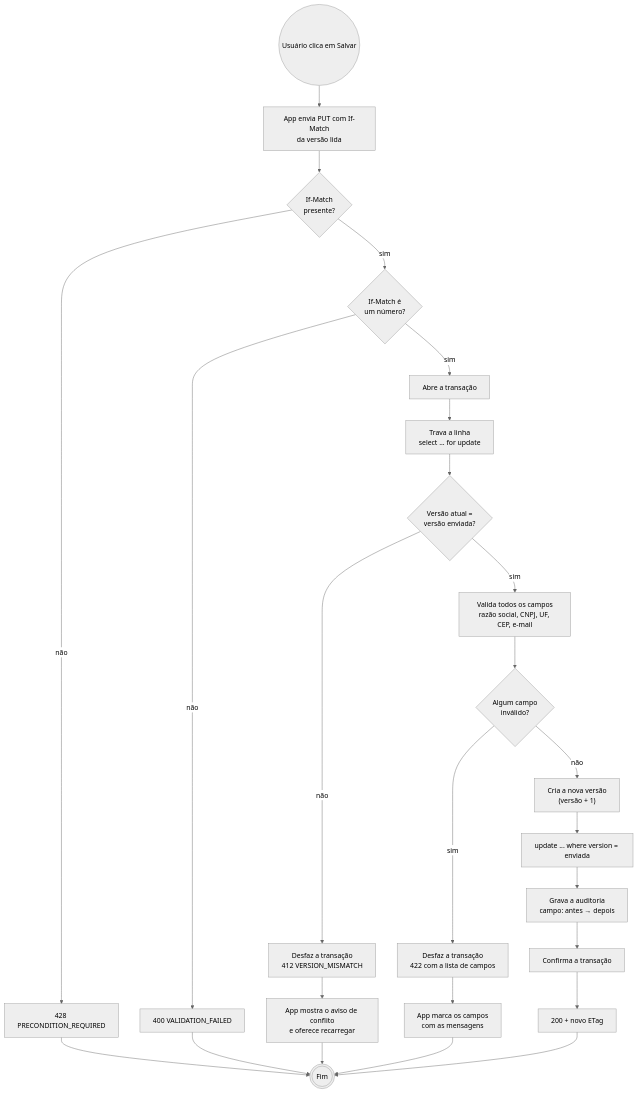
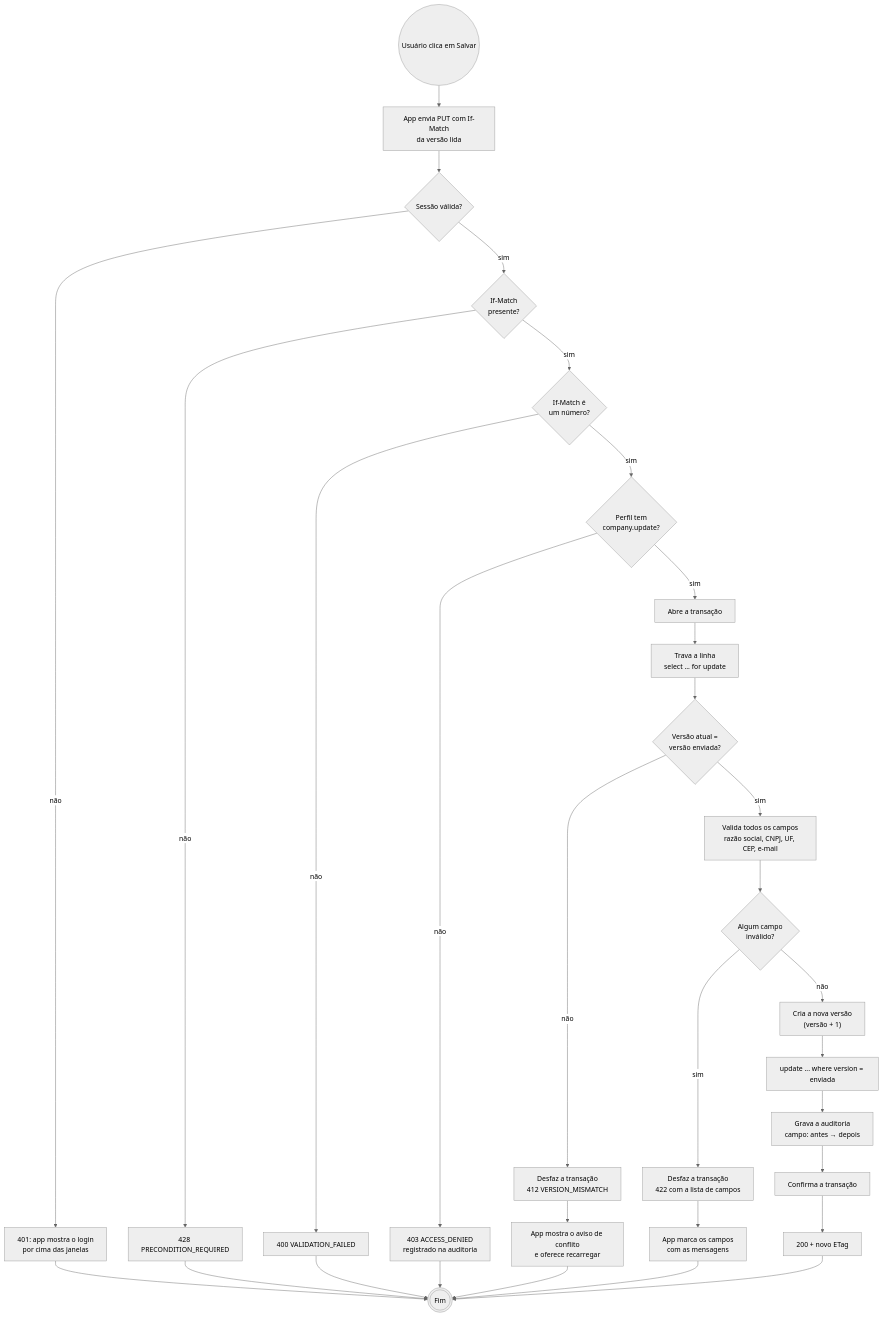
One commit to edsoncorralxxx-ui/ERP changed the fourth of 27 diagrams in docs/backend/18-diagramas-de-atividades-e-sequencias.md. Above: the diagram before and after it, drawn with Mermaid (neutral theme). The commit also changed other lines of this file and 8 other files, not shown here.

First line of the commit message:
Diagramas atualizados para a Sprint 2 e diagramas do sistema completo

````diff
--- a/docs/backend/18-diagramas-de-atividades-e-sequencias.md
+++ b/docs/backend/18-diagramas-de-atividades-e-sequencias.md
@@ -95,20 +99,24 @@
 ```mermaid
 flowchart TD
     A((Usuário clica em Salvar)) --> B["App envia PUT com If-Match<br/>da versão lida"]
-    B --> C{"If-Match<br/>presente?"}
+    B --> SS{"Sessão válida?"}
+    SS -- não --> E401["401: app mostra o login<br/>por cima das janelas"] --> Z(((Fim)))
+    SS -- sim --> C{"If-Match<br/>presente?"}
     C -- não --> E428["428 PRECONDITION_REQUIRED"] --> Z(((Fim)))
     C -- sim --> D{"If-Match é<br/>um número?"}
     D -- não --> E400["400 VALIDATION_FAILED"] --> Z
-    D -- sim --> T["Abre a transação"]
+    D -- sim --> PM{"Perfil tem<br/>company.update?"}
+    PM -- não --> E403["403 ACCESS_DENIED<br/>registrado na auditoria"] --> Z
+    PM -- sim --> T["Abre a transação"]
     T --> L["Trava a linha<br/>select ... for update"]
     L --> V{"Versão atual =<br/>versão enviada?"}
     V -- não --> E412["Desfaz a transação<br/>412 VERSION_MISMATCH"] --> AV["App mostra o aviso de conflito<br/>e oferece recarregar"] --> Z
     V -- sim --> VAL["Valida todos os campos<br/>razão social, CNPJ, UF, CEP, e-mail"]
     VAL --> OK{"Algum campo<br/>inválido?"}
     OK -- sim --> E422["Desfaz a transação<br/>422 com a lista de campos"] --> MARCA["App marca os campos<br/>com as mensagens"] --> Z
     OK -- não --> NV["Cria a nova versão<br/>(versão + 1)"]
     NV --> UP["update ... where version = enviada"]
     UP --> AU["Grava a auditoria<br/>campo: antes → depois"]
     AU --> CM["Confirma a transação"]
     CM --> R200["200 + novo ETag"] --> Z
 ```
````
